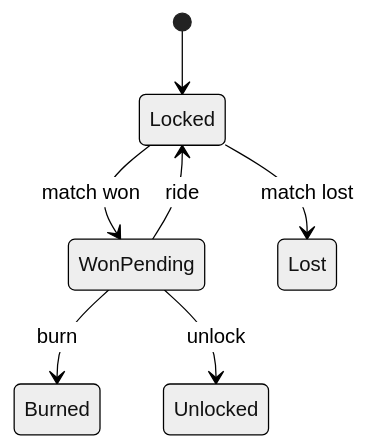
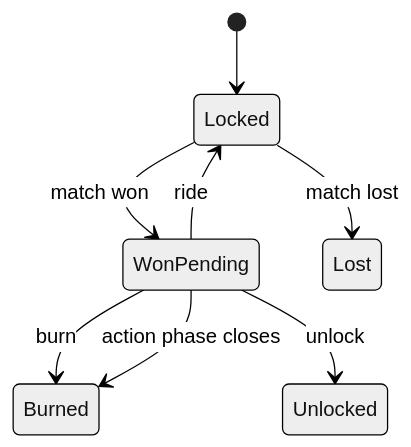
Before and after one commit to Leesale99/lt-api: the diagram in docs/league-tokens-learning-phases/phase-02-domain-model-and-state-machines.md, drawn with Mermaid (neutral theme). The commit also changed other lines of this file and 4 other files, not shown here.

````diff
--- a/docs/league-tokens-learning-phases/phase-02-domain-model-and-state-machines.md
+++ b/docs/league-tokens-learning-phases/phase-02-domain-model-and-state-machines.md
@@ -147,9 +149,10 @@
 ```mermaid
 stateDiagram-v2
     [*] --> Locked
     Locked --> WonPending : match won
     Locked --> Lost : match lost
     WonPending --> Locked : ride
     WonPending --> Burned : burn
     WonPending --> Unlocked : unlock
+    WonPending --> Burned : action phase closes
 ```
````
